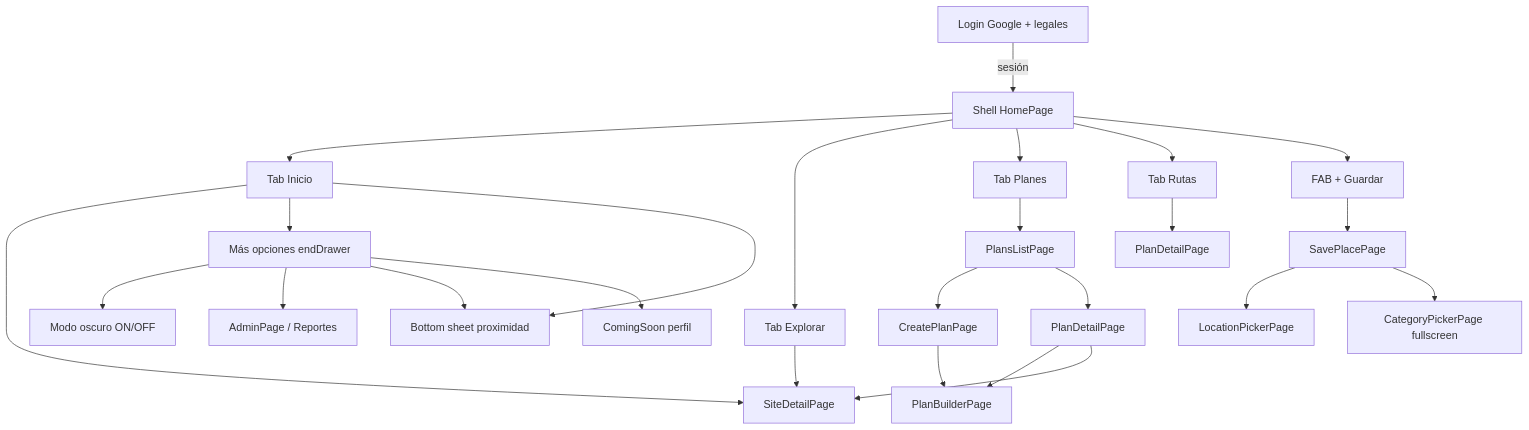
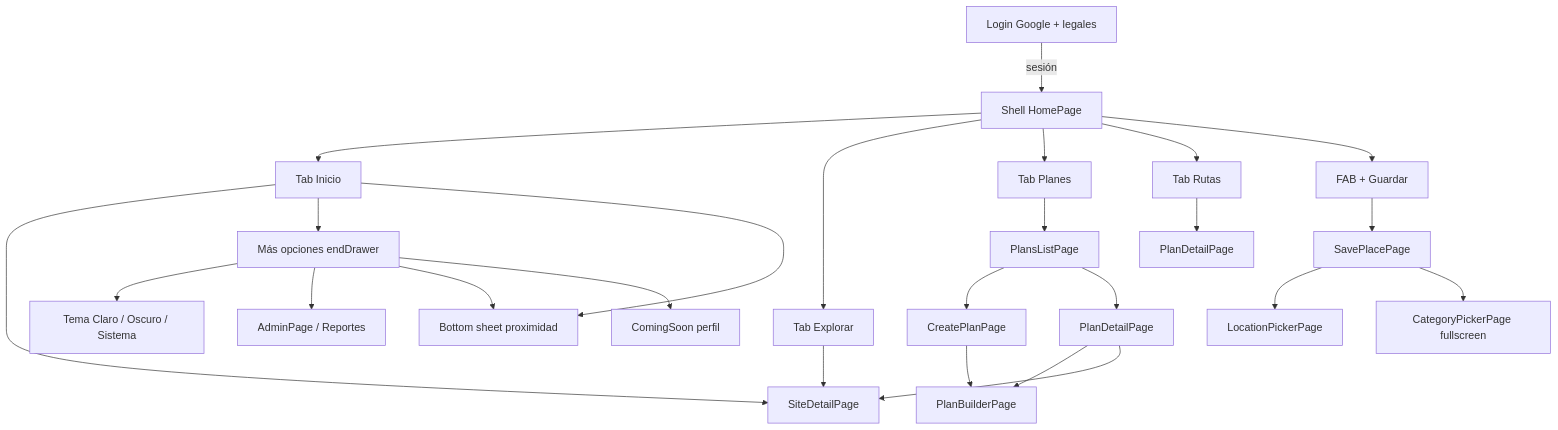
Before and after one commit to johntibagan/chevere_plan: the diagram in docs/ui-navegacion.md, drawn with Mermaid. The commit also changed other lines of this file and 21 other files, not shown here.

````diff
--- a/docs/ui-navegacion.md
+++ b/docs/ui-navegacion.md
@@ -39,29 +39,29 @@
 ```mermaid
 flowchart TB
   Login[Login Google + legales]
   Shell[Shell HomePage]
   Login -->|sesión| Shell
   Shell --> T0[Tab Inicio]
   Shell --> T1[Tab Explorar]
   Shell --> T2[Tab Planes]
   Shell --> T3[Tab Rutas]
   Shell --> FAB[FAB + Guardar]
   FAB --> Save[SavePlacePage]
   T0 --> Ficha[SiteDetailPage]
   T1 --> Ficha
   T2 --> PlanList[PlansListPage]
   PlanList --> Create[CreatePlanPage]
   Create --> Builder[PlanBuilderPage]
   PlanList --> Detail[PlanDetailPage]
   Detail --> Builder
   Detail --> Ficha
   T3 --> PlanDetailFromRoute[PlanDetailPage]
   T0 --> Menu[Más opciones endDrawer]
-  Menu --> ThemeToggle[Modo oscuro ON/OFF]
+  Menu --> ThemePicker[Tema Claro / Oscuro / Sistema]
   Menu --> Admin[AdminPage / Reportes]
   Menu --> Prox[Bottom sheet proximidad]
   Menu --> ProfileSoon[ComingSoon perfil]
   T0 --> Prox
   Save --> Map[LocationPickerPage]
   Save --> Cats[CategoryPickerPage fullscreen]
 ```
````
